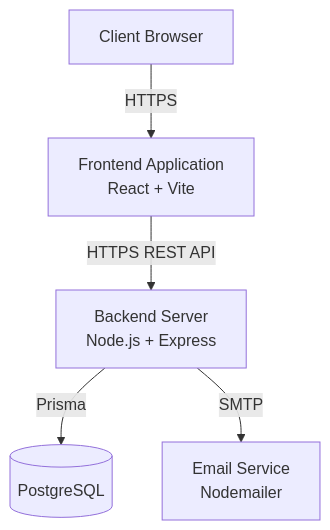
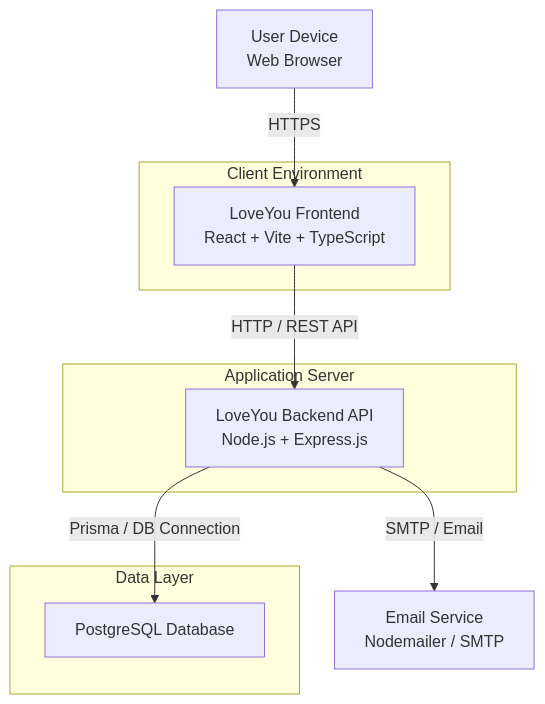
One commit to NgoTrungNghia/SE24C11-Loveyou-Group01 changed the diagram in docs/management/PA4/DeploymentDiagram.md. Above: the diagram before and after it, drawn with Mermaid. The commit also changed other lines of this file and 2 other files, not shown here.

````diff
--- a/docs/management/PA4/DeploymentDiagram.md
+++ b/docs/management/PA4/DeploymentDiagram.md
@@ -9,24 +13,23 @@
 ```mermaid
-graph TD
+flowchart TB
+    USER["User Device<br/>Web Browser"]
 
-Client["Client Browser"]
+    subgraph CLIENT["Client Environment"]
+        FE["LoveYou Frontend<br/>React + Vite + TypeScript"]
+    end
 
-Frontend["Frontend Application
-React + Vite"]
+    subgraph SERVER["Application Server"]
+        BE["LoveYou Backend API<br/>Node.js + Express.js"]
+    end
 
-Backend["Backend Server
-Node.js + Express"]
+    subgraph DATA["Data Layer"]
+        DB["PostgreSQL Database"]
+    end
 
-Database[(PostgreSQL)]
+    EMAIL["Email Service<br/>Nodemailer / SMTP"]
 
-Mail["Email Service
-Nodemailer"]
-
-Client -->|HTTPS| Frontend
-
-Frontend -->|HTTPS REST API| Backend
-
-Backend -->|Prisma| Database
-
-Backend -->|SMTP| Mail
+    USER -->|"HTTPS"| FE
+    FE -->|"HTTP / REST API"| BE
+    BE -->|"Prisma / DB Connection"| DB
+    BE -->|"SMTP / Email"| EMAIL
 ```
````
